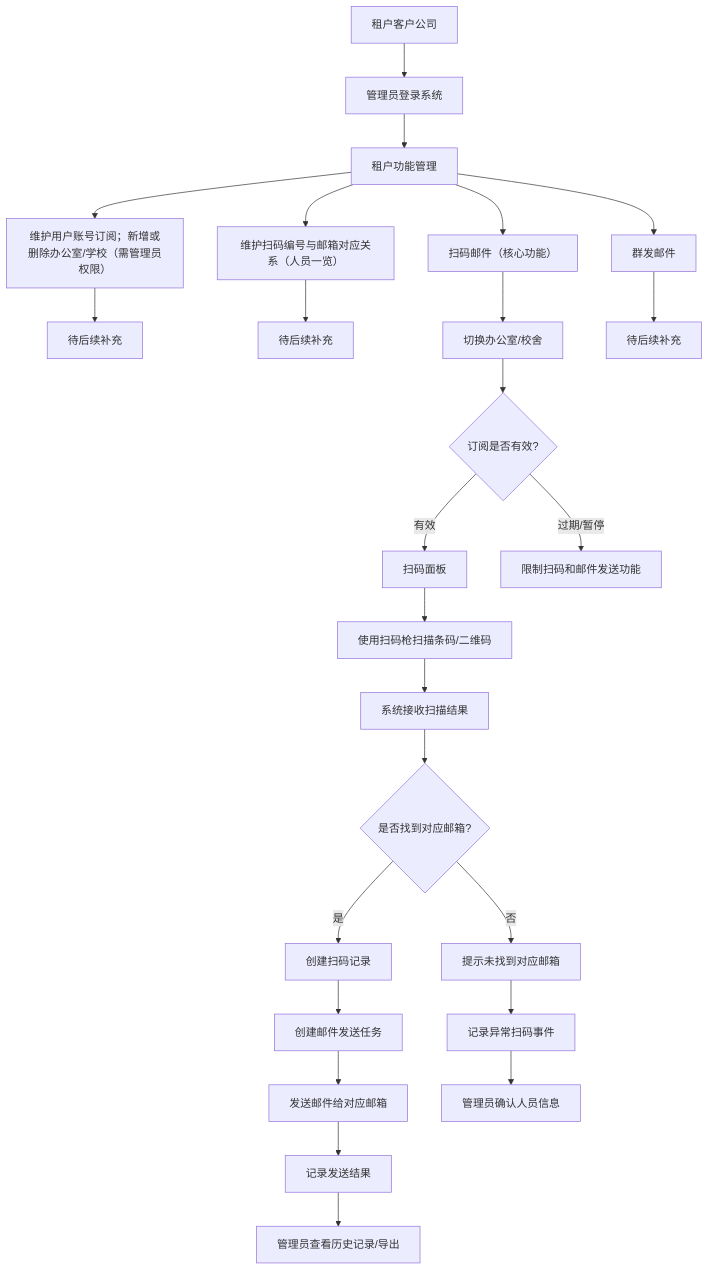
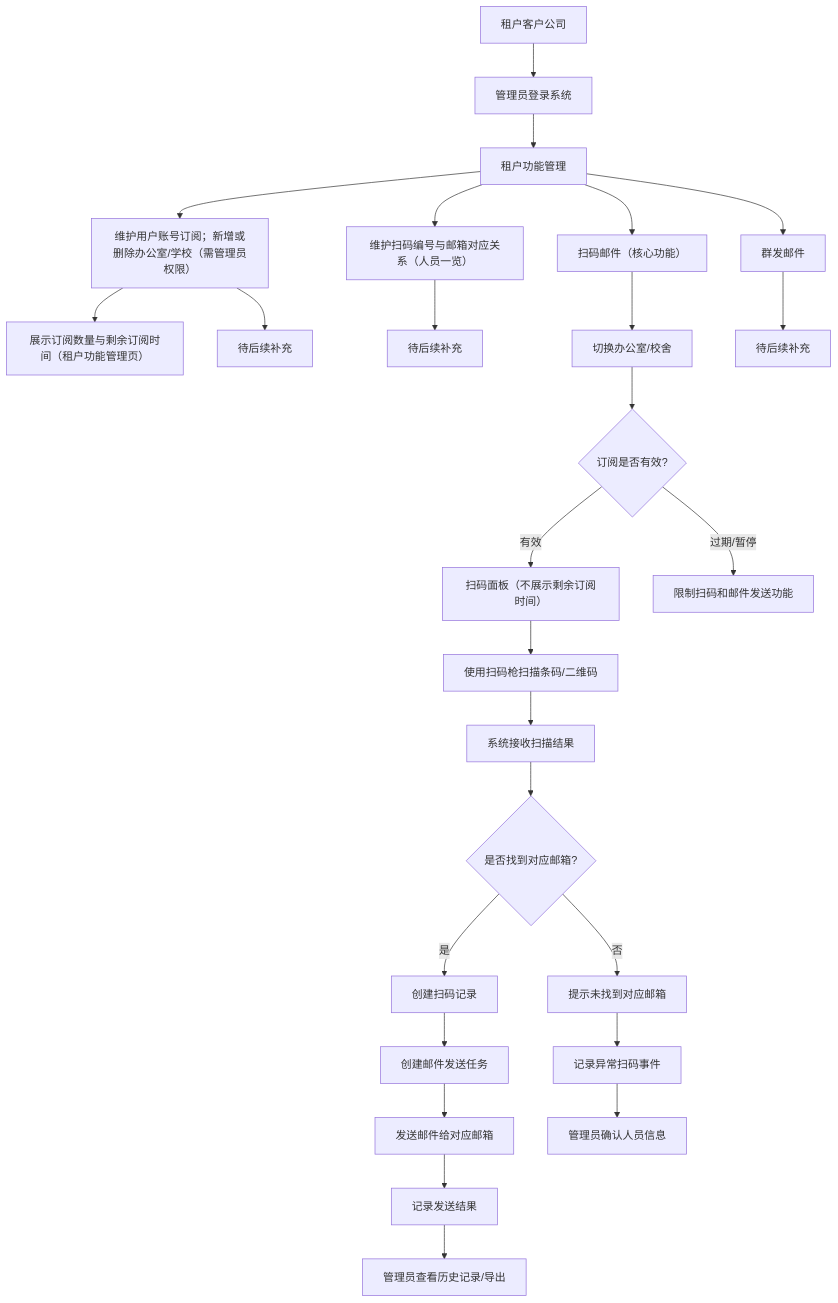
Before and after one commit to omajilmanbo/poolduck-mail: the diagram in docs/architecture.md, drawn with Mermaid. The commit also changed other lines of this file and 10 other files, not shown here.

````diff
--- a/docs/architecture.md
+++ b/docs/architecture.md
@@ -75,32 +77,33 @@
 ```mermaid
 flowchart TD
     A[租户客户公司] --> B[管理员登录系统]
     B --> C[租户功能管理]
     C --> CA[维护用户账号订阅；新增或删除办公室/学校（需管理员权限）]
+    CA --> CA2[展示订阅数量与剩余订阅时间（租户功能管理页）]
     C --> CB[维护扫码编号与邮箱对应关系（人员一览）]
     C --> CC[扫码邮件（核心功能）]
     C --> CD[群发邮件]
     
     CA --> CA1[待后续补充]
     CB --> CB1[待后续补充]
 
     CC --> CC1[切换办公室/校舍]
     CC1 --> CC2{订阅是否有效?}
-    CC2 -- 有效 --> CC3[扫码面板]
+    CC2 -- 有效 --> CC3[扫码面板（不展示剩余订阅时间）]
     CC2 -- 过期/暂停 --> CC12[限制扫码和邮件发送功能]    
 
     CC3 --> CC4[使用扫码枪扫描条码/二维码]
     CC4 --> CC5[系统接收扫描结果]
     CC5 --> CC6{是否找到对应邮箱?}
     CC6 -- 是 --> CC7[创建扫码记录]
     CC7 --> CC8[创建邮件发送任务]
     CC8 --> CC9[发送邮件给对应邮箱]
     CC9 --> CC10[记录发送结果]
     CC10 --> CC11[管理员查看历史记录/导出]
 
     CC6 -- 否 --> CC13[提示未找到对应邮箱]
     CC13 --> CC14[记录异常扫码事件]
     CC14 --> CC15[管理员确认人员信息]
 
     CD --> CD1[待后续补充]
 ```
````
